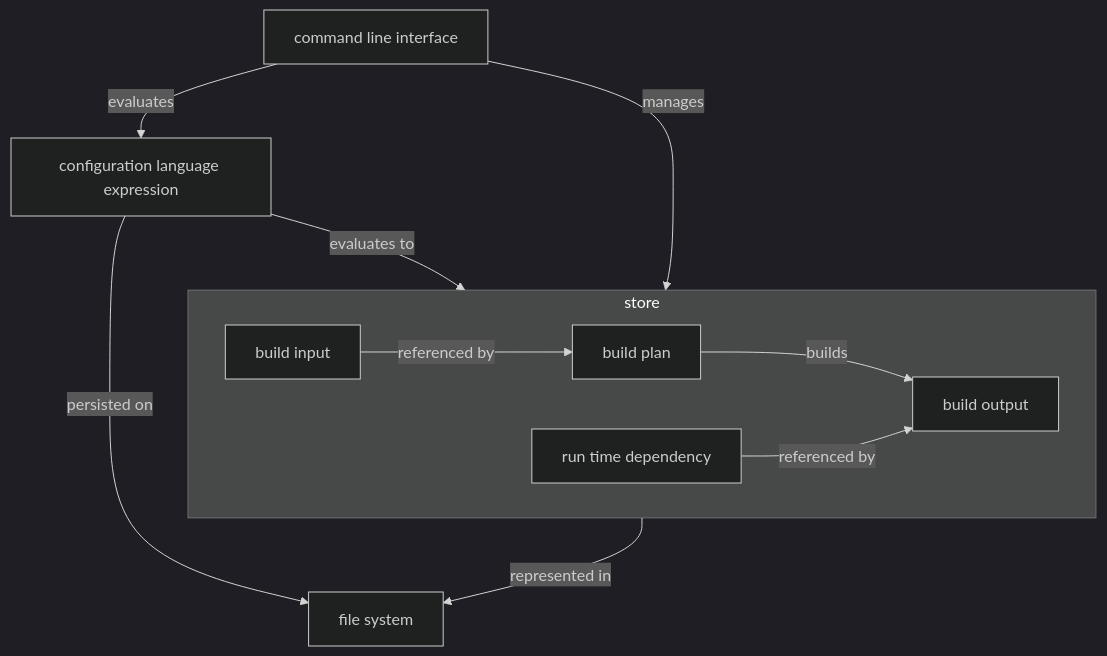
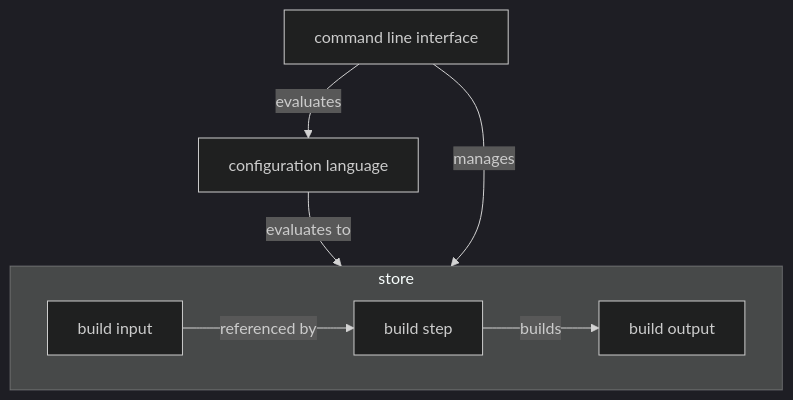
One commit to nix-community/nix changed the first of 2 diagrams in doc/manual/src/architecture/architecture.md. Above: the diagram before and after it, drawn with Mermaid (dark theme). The commit also changed other lines of this file and 4 other files, not shown here.

Commit message:
add diagrams

````diff
--- a/doc/manual/src/architecture/architecture.md
+++ b/doc/manual/src/architecture/architecture.md
@@ -10,12 +10,9 @@
 ```mermaid
 flowchart
   subgraph store
     direction LR
-    input[build input] --> |referenced by| drv[build plan] --> |builds| out[build output]
-    dep[run time dependency] --> |referenced by| out
+    input[build input] --> |referenced by| drv[build step] --> |builds| out[build output]
   end
-  cli[command line interface] --> |evaluates| expr[configuration language expression] --> |evaluates to| drv
+  cli[command line interface] --> |evaluates| expr[configuration language] --> |evaluates to| drv
   cli --> |manages|store
-  store --> |represented in| fs[file system]
-  expr --> |persisted on| fs
 ```
````
